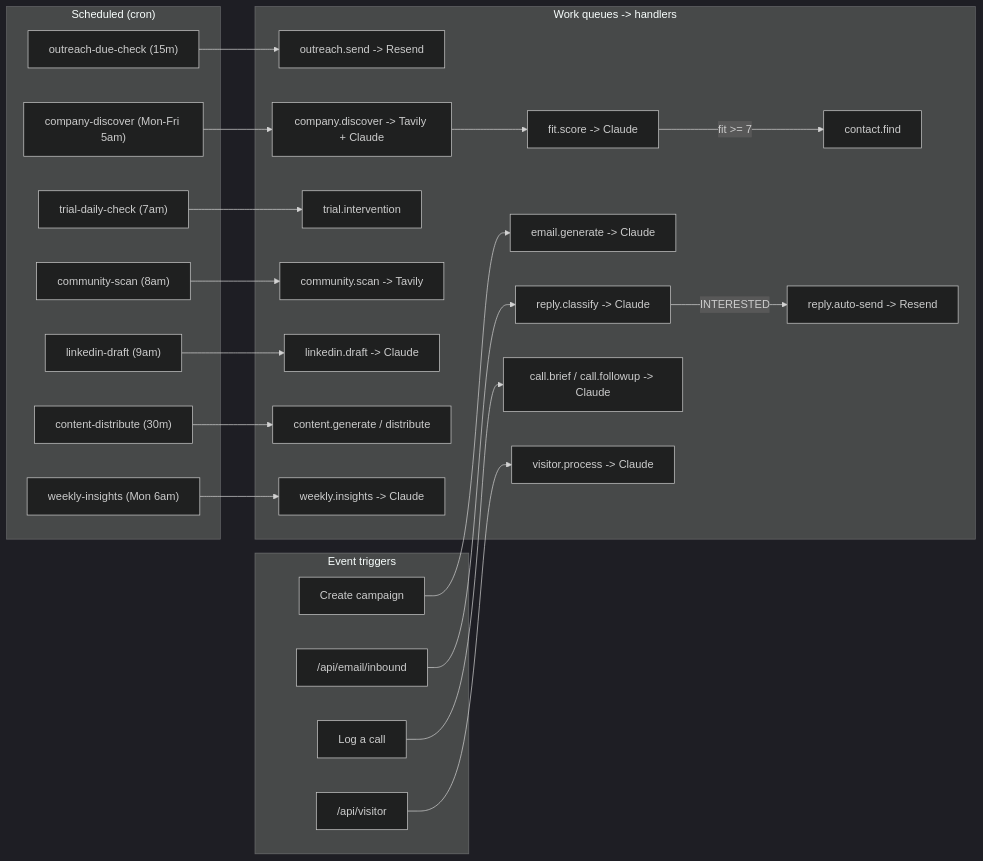
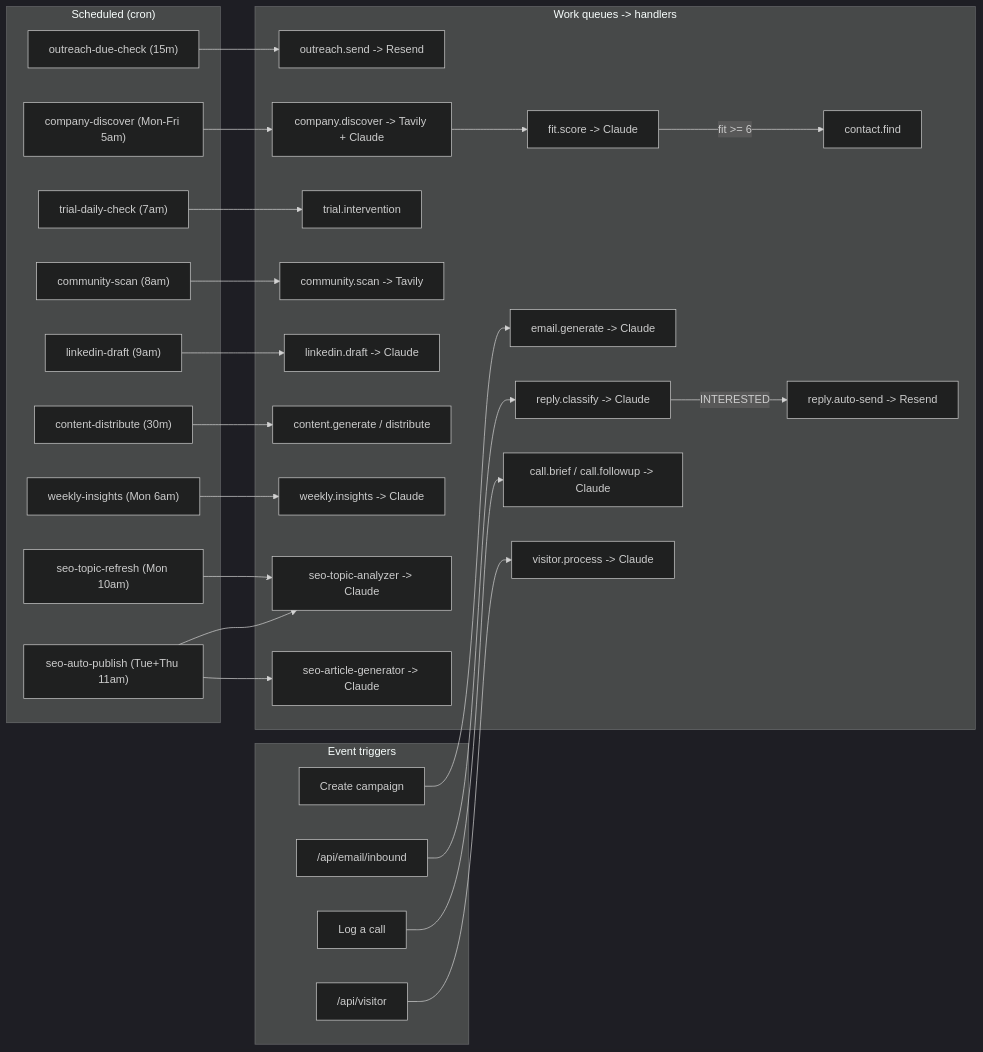
Before and after one commit to Korrali/growth: the second of 6 diagrams in docs/architecture-flow.md, drawn with Mermaid (dark theme). The commit also changed other lines of this file and 6 other files, not shown here.

````diff
--- a/docs/architecture-flow.md
+++ b/docs/architecture-flow.md
@@ -33,48 +33,55 @@
 ```mermaid
 flowchart LR
     subgraph Crons["Scheduled (cron)"]
         K1["outreach-due-check (15m)"]
         K2["trial-daily-check (7am)"]
         K3["company-discover (Mon-Fri 5am)"]
         K4["community-scan (8am)"]
+        K5["seo-topic-refresh (Mon 10am)"]
         K6["linkedin-draft (9am)"]
         K7["content-distribute (30m)"]
         K8["weekly-insights (Mon 6am)"]
+        K9["seo-auto-publish (Tue+Thu 11am)"]
     end
     subgraph Events["Event triggers"]
         E1["/api/email/inbound"]
         E2["/api/visitor"]
         E3["Create campaign"]
         E4["Log a call"]
     end
     subgraph Q["Work queues -> handlers"]
         H1["outreach.send -> Resend"]
         H2["company.discover -> Tavily + Claude"]
         H3["fit.score -> Claude"]
         H4["contact.find"]
         H5["email.generate -> Claude"]
         H6["reply.classify -> Claude"]
         H7["reply.auto-send -> Resend"]
         H8["trial.intervention"]
         H9["community.scan -> Tavily"]
         H10["linkedin.draft -> Claude"]
         H11["content.generate / distribute"]
         H12["call.brief / call.followup -> Claude"]
         H13["visitor.process -> Claude"]
         H14["weekly.insights -> Claude"]
+        H15["seo-topic-analyzer -> Claude"]
+        H16["seo-article-generator -> Claude"]
     end
     K1 --> H1
     K2 --> H8
     K3 --> H2
     H2 --> H3
-    H3 -->|"fit >= 7"| H4
+    H3 -->|"fit >= 6"| H4
     K4 --> H9
+    K5 --> H15
     K6 --> H10
     K7 --> H11
     K8 --> H14
+    K9 --> H15
+    K9 --> H16
     E1 --> H6
     H6 -->|"INTERESTED"| H7
     E2 --> H13
     E3 --> H5
     E4 --> H12
 ```
````
